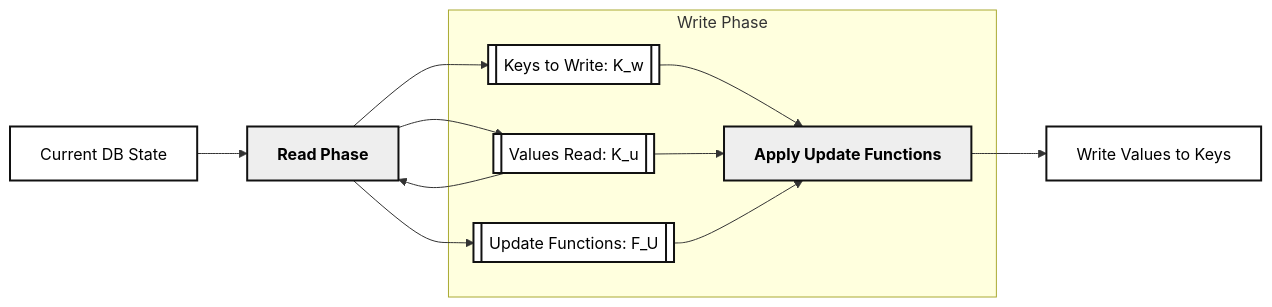
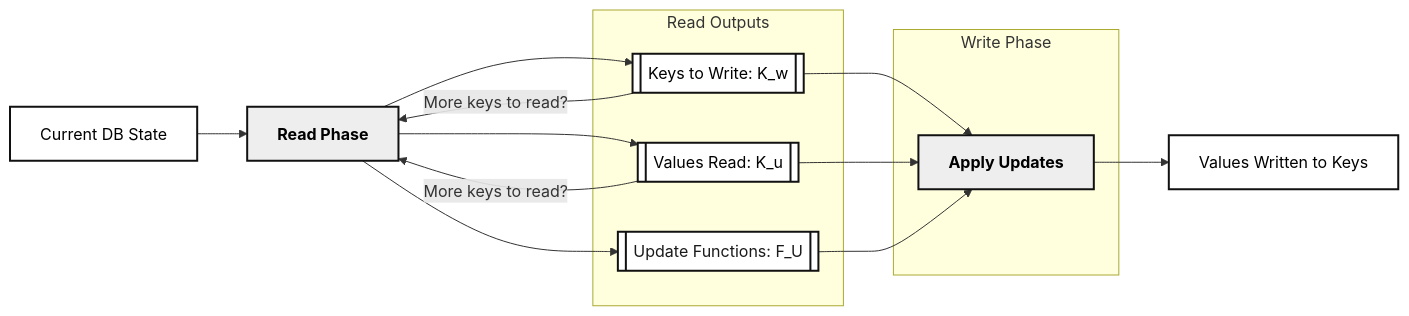
The diagram in _drafts/2026-01-08-transactional-programming.md (will62794/will62794.github.io), drawn with Mermaid before and after one commit. The commit also changed other lines of this file, not shown here.

````diff
--- a/_drafts/2026-01-08-transactional-programming.md
+++ b/_drafts/2026-01-08-transactional-programming.md
@@ -196,20 +200,26 @@
 ```mermaid
 flowchart LR
     %% Black and White Style
     %% Use sharp edges, grayscale fills, and monochrome arrows/nodes
 
     %% Define style classes for black/white mode
     classDef bwNode fill:#fff,stroke:#111,color:#000,stroke-width:2px
     classDef bwEmph fill:#eee,stroke:#111,color:#000,stroke-width:2px,font-weight:bold
     classDef bwPhase fill:#fff,stroke:#111,color:#1a1a1a,stroke-width:2px
+    classDef bwOutput fill:#fff,stroke:#111,color:#1a1a1a,stroke-width:2px
 
     A[Current DB State]:::bwNode --> B[Read Phase]:::bwEmph
     B --> C[[Keys to Write: K_w]]:::bwNode
     B --> D[[Values Read: K_u]]:::bwNode
-    D --> B
+    D -- "More keys to read?" --> B
+    C -- "More keys to read?" --> B
     B --> E[[Update Functions: F_U]]:::bwNode
+    C & D & E -->F[Apply Update Functions]:::bwEmph
     subgraph Write Phase
-        C & D & E --> F[Apply Update Functions]:::bwEmph
+        F[Apply Updates]:::bwEmph
     end
-    F --> G[Write Values to Keys]:::bwNode
+    subgraph Read Outputs
+        C & D & E:::bwOutput
+    end
+    F --> G[Values Written to Keys]:::bwNode
 ```
````
